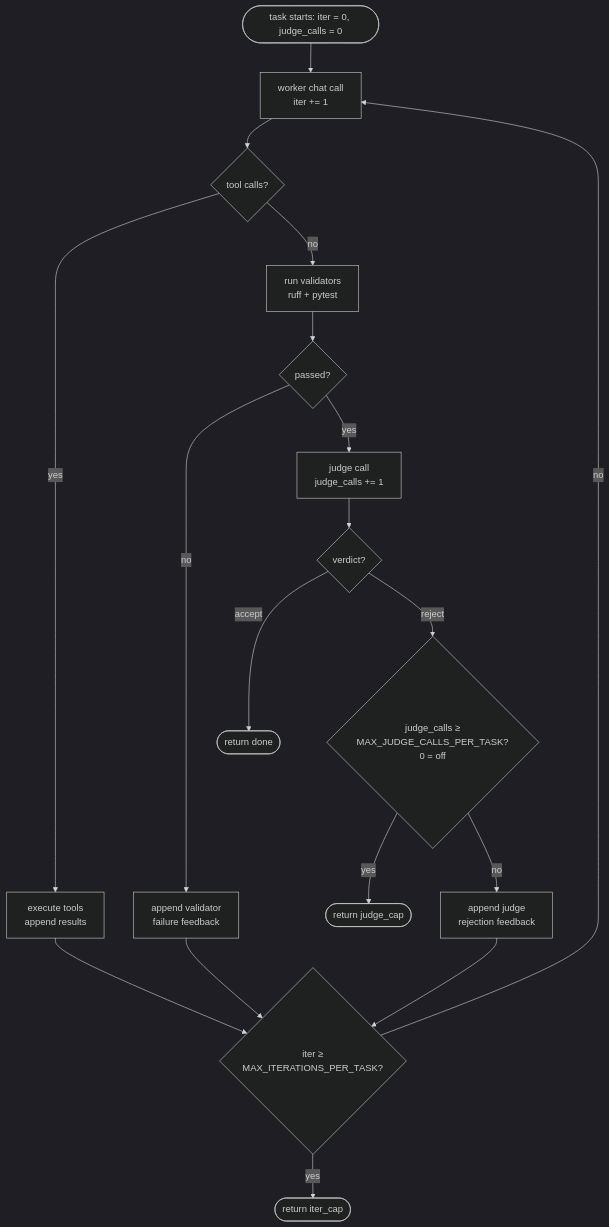
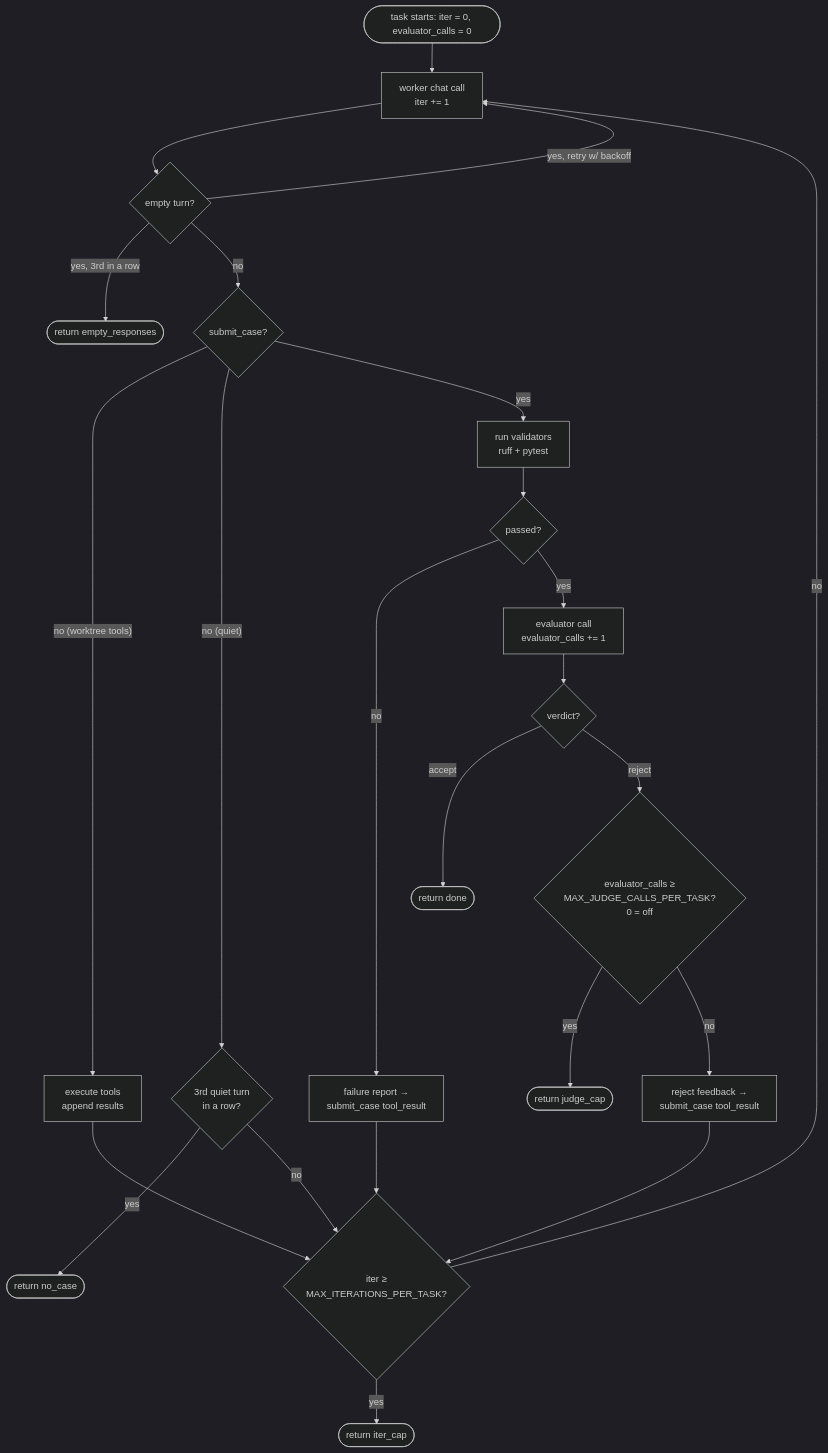
The diagram in docs/deep-dives/two-loops.md (AlteredCraft/tilth), drawn with Mermaid (dark theme) before and after one commit. The commit also changed other lines of this file and 23 other files, not shown here.

````diff
--- a/docs/deep-dives/two-loops.md
+++ b/docs/deep-dives/two-loops.md
@@ -68,20 +72,26 @@
 ```mermaid
 flowchart TD
-  start([task starts: iter = 0, judge_calls = 0]) --> chat[worker chat call<br/>iter += 1]
-  chat --> tools{tool calls?}
-  tools -- yes --> exec[execute tools<br/>append results]
+  start([task starts: iter = 0, evaluator_calls = 0]) --> chat[worker chat call<br/>iter += 1]
+  chat --> empty{empty turn?}
+  empty -- yes, 3rd in a row --> efail([return empty_responses])
+  empty -- yes, retry w/ backoff --> chat
+  empty -- no --> kind{submit_case?}
+  kind -- "no (worktree tools)" --> exec[execute tools<br/>append results]
   exec --> capcheck
-  tools -- no --> validators[run validators<br/>ruff + pytest]
+  kind -- "no (quiet)" --> nudge{3rd quiet turn<br/>in a row?}
+  nudge -- yes --> nofail([return no_case])
+  nudge -- no --> capcheck
+  kind -- yes --> validators[run validators<br/>ruff + pytest]
   validators --> vpass{passed?}
-  vpass -- no --> vfb[append validator<br/>failure feedback]
+  vpass -- no --> vfb[failure report →<br/>submit_case tool_result]
   vfb --> capcheck
-  vpass -- yes --> judge[judge call<br/>judge_calls += 1]
-  judge --> verdict{verdict?}
+  vpass -- yes --> evaluator[evaluator call<br/>evaluator_calls += 1]
+  evaluator --> verdict{verdict?}
   verdict -- accept --> done([return done])
-  verdict -- reject --> jcap{judge_calls ≥<br/>MAX_JUDGE_CALLS_PER_TASK?<br/>0 = off}
+  verdict -- reject --> jcap{evaluator_calls ≥<br/>MAX_JUDGE_CALLS_PER_TASK?<br/>0 = off}
   jcap -- yes --> jfail([return judge_cap])
-  jcap -- no --> jfb[append judge<br/>rejection feedback]
+  jcap -- no --> jfb[reject feedback →<br/>submit_case tool_result]
   jfb --> capcheck{iter ≥<br/>MAX_ITERATIONS_PER_TASK?}
   capcheck -- no --> chat
   capcheck -- yes --> ifail([return iter_cap])
 ```
````
